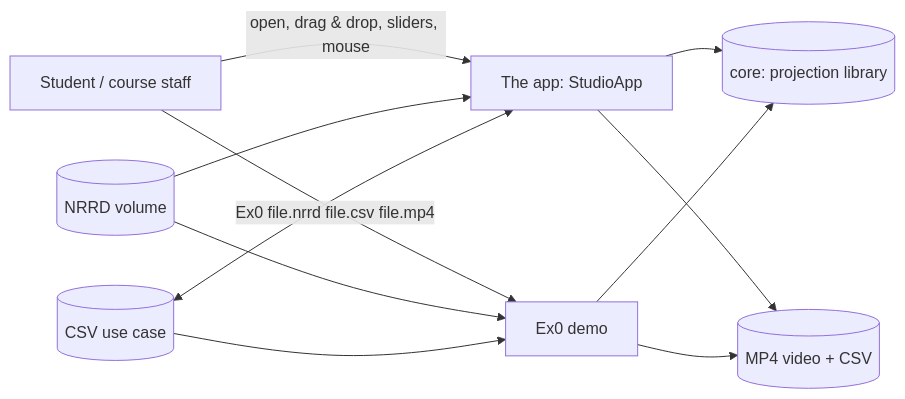
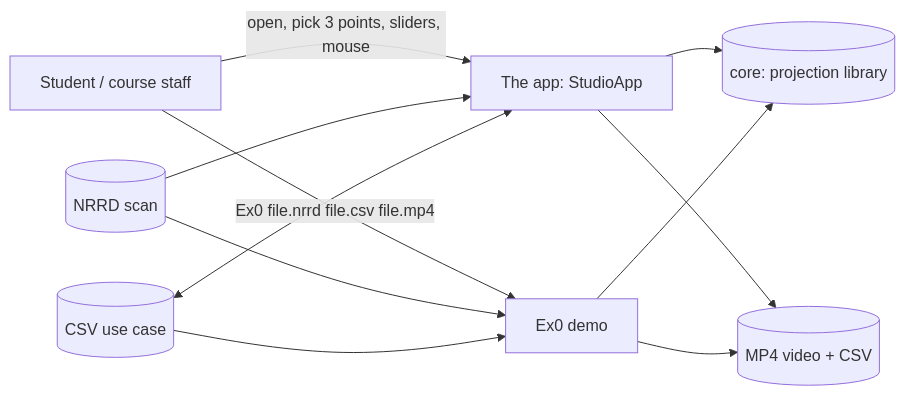
One commit to NoamTheGolem/Intro2SE_Ex1 changed the diagram in docs/SRS.md. Above: the diagram before and after it, drawn with Mermaid. The commit also changed other lines of this file and 24 other files, not shown here.

````diff
--- a/docs/SRS.md
+++ b/docs/SRS.md
@@ -63,13 +77,13 @@
 ```mermaid
 flowchart LR
-    U[Student / course staff] -- open, drag & drop, sliders, mouse --> GUI[The app: StudioApp]
+    U[Student / course staff] -- open, pick 3 points, sliders, mouse --> GUI[The app: StudioApp]
     U -- "Ex0 file.nrrd file.csv file.mp4" --> CLI[Ex0 demo]
     GUI --> CORE[(core: projection library)]
     CLI --> CORE
-    NRRD[(NRRD volume)] --> GUI
+    NRRD[(NRRD scan)] --> GUI
     NRRD --> CLI
     CSV[(CSV use case)] <--> GUI
     CSV --> CLI
     GUI --> MP4[(MP4 video + CSV)]
     CLI --> MP4
 ```
````
